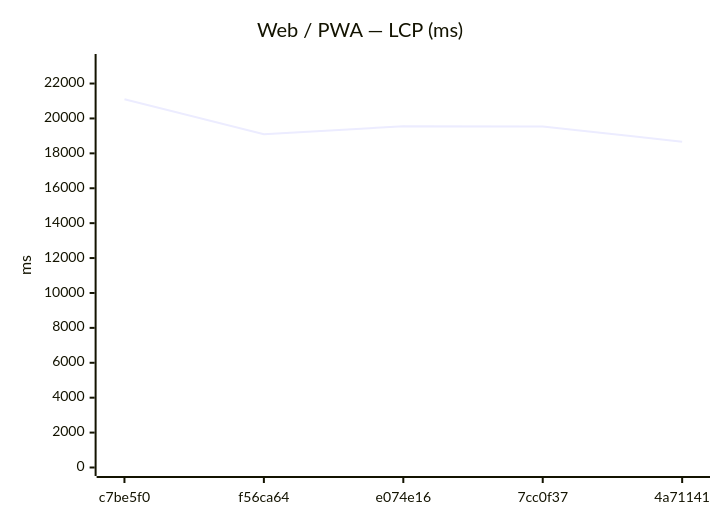
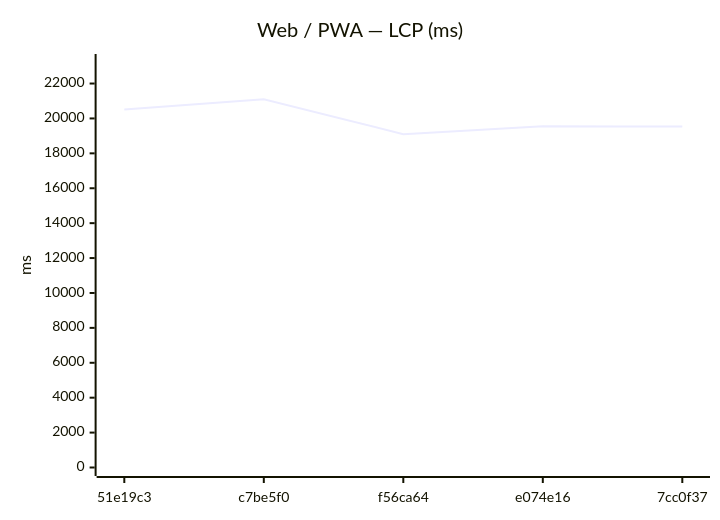
The seventh of 18 diagrams in benchmarks/compare.md (Metaheurist/Rianell), drawn with Mermaid before and after one commit. The commit also changed other lines of this file and 11 other files, not shown here.

````diff
--- a/benchmarks/compare.md
+++ b/benchmarks/compare.md
@@ -117,7 +117,7 @@
 ```mermaid
 xychart-beta
     title "Web / PWA — LCP (ms)"
-    x-axis ["c7be5f0", "f56ca64", "e074e16", "7cc0f37", "4a71141"]
+    x-axis ["51e19c3", "c7be5f0", "f56ca64", "e074e16", "7cc0f37"]
     y-axis "ms" 0 --> 23205
-    line [21095, 19101, 19549, 19542, 18663]
+    line [20509, 21095, 19101, 19549, 19542]
 ```
````
